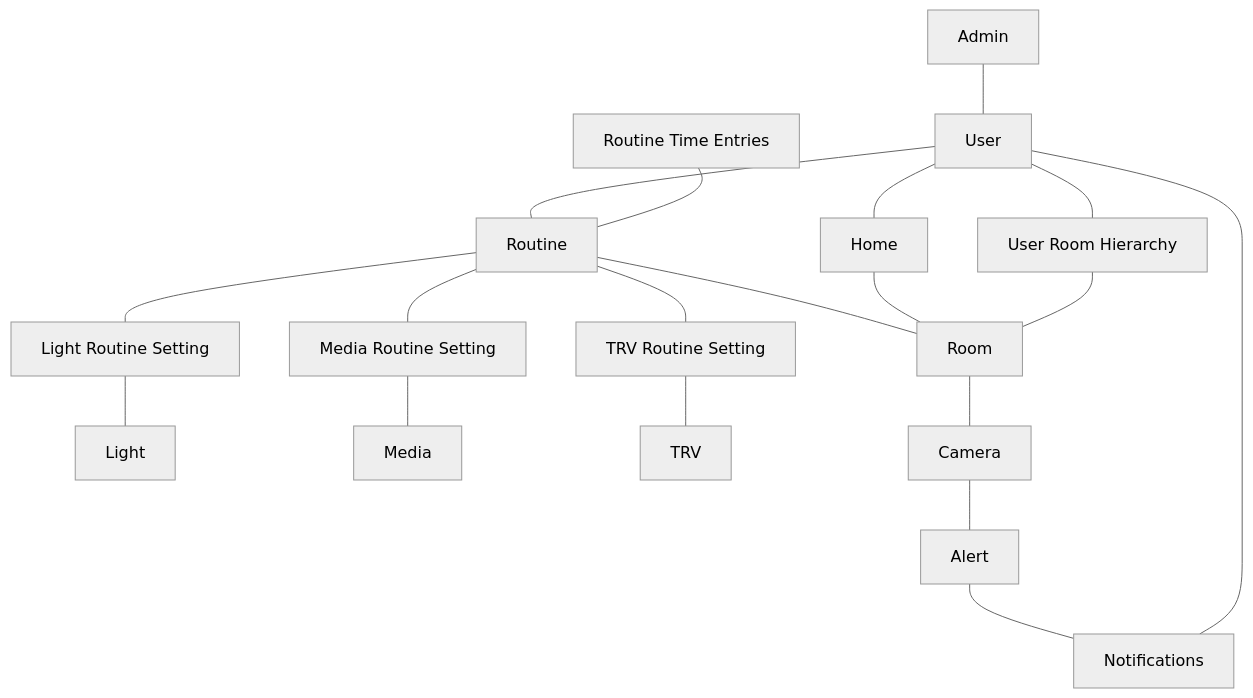
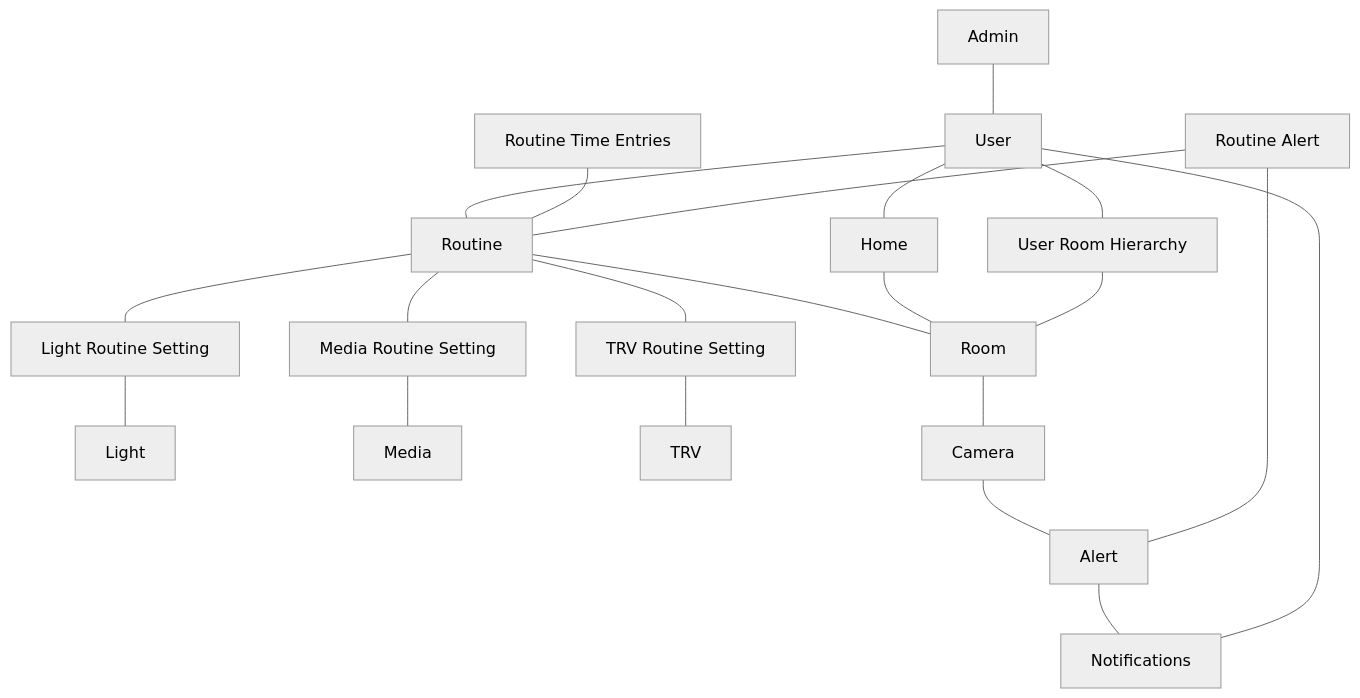
Before and after one commit to cmurphy88/jarvis: the first of 2 diagrams in README.md, drawn with Mermaid (neutral theme).

````diff
--- a/README.md
+++ b/README.md
@@ -4,21 +4,23 @@
 ```mermaid
 graph TD
     A[Admin] --- B[User]
     B --- D[Routine]
     B --- P
     D --- E[Room]
     D --- F[Light Routine Setting]
     D --- G[Media Routine Setting]
     D --- H[TRV Routine Setting]
     F --- I[Light]
     G --- J[Media]
     H --- K[TRV]
     E --- L[Camera]
     M[Home] --- E
     L --- N[Alert]
     N --- O[Notifications]
     O --- B
     B --- M
     P[User Room Hierarchy] --- E
     Q[Routine Time Entries] --- D
+    R[Routine Alert] --- D
+    R --- N
 ```
````
